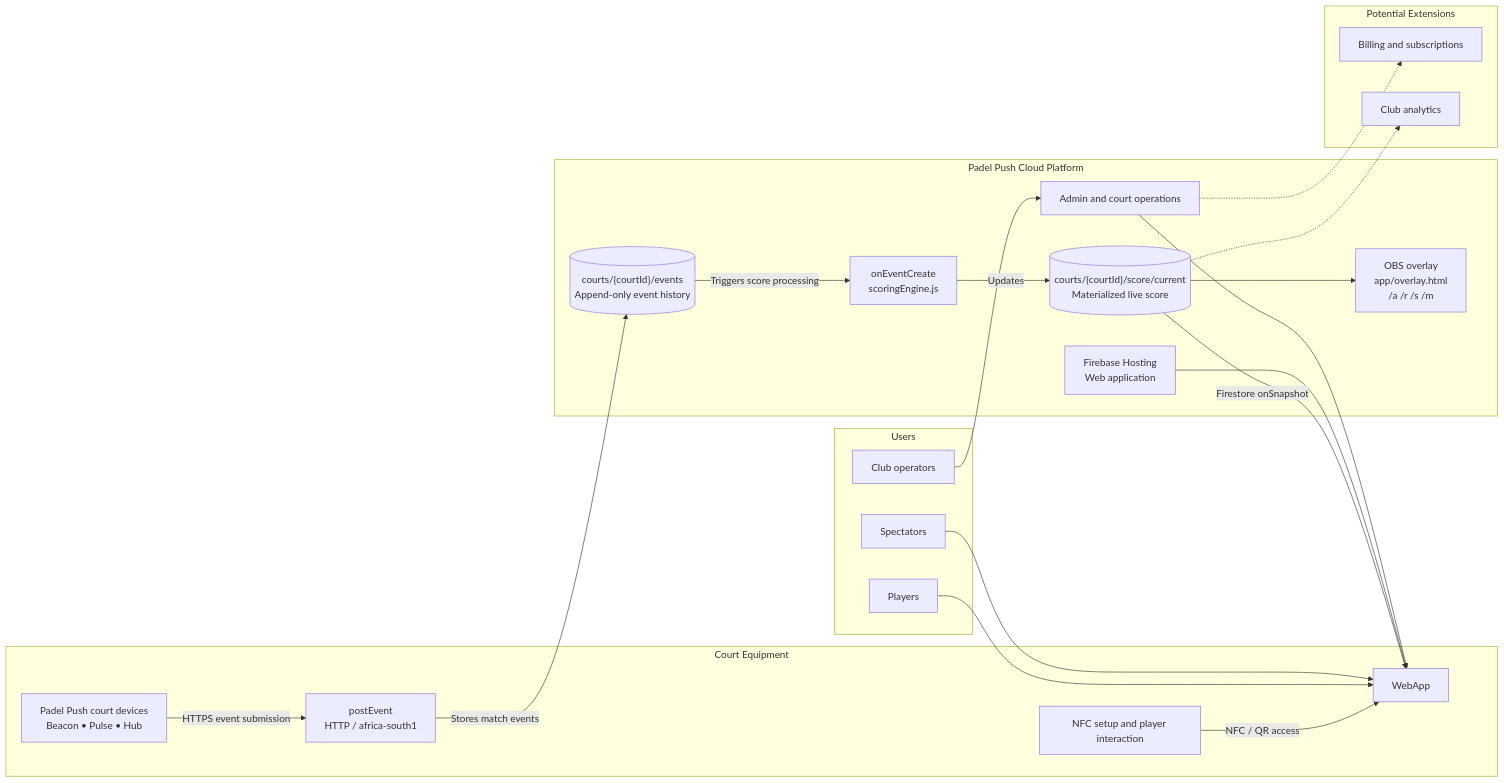
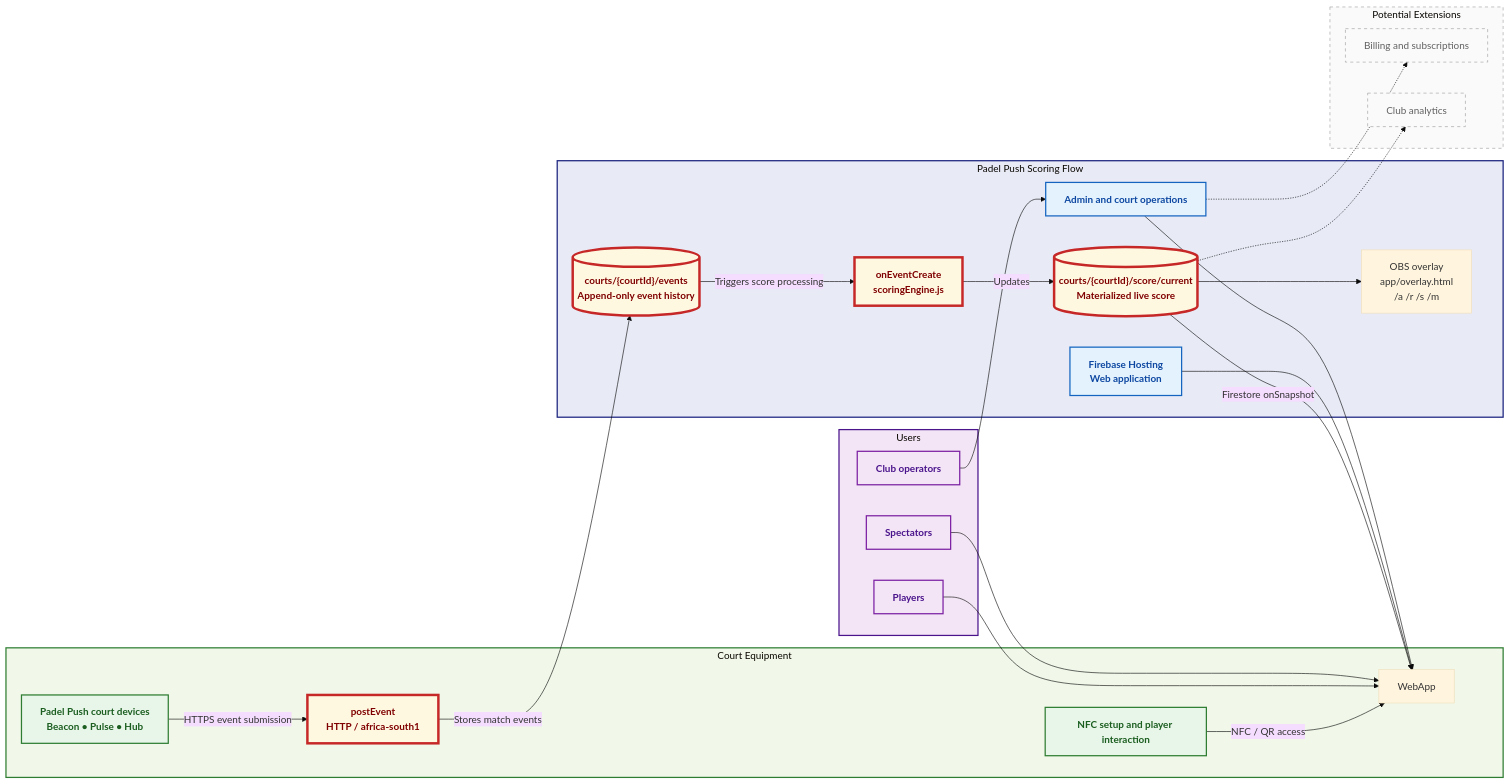
The diagram in Mermaid/PP_Basic_Flow.mmd (creepyLANguy/PuntoPrototype), drawn with Mermaid before and after one commit. The commit also changed 4 other files, not shown here.

```diff
--- a/Mermaid/PP_Basic_Flow.mmd
+++ b/Mermaid/PP_Basic_Flow.mmd
@@ -1,48 +1,65 @@
+---
+config:
+    theme: base
+---
+
 flowchart LR
+
+        classDef court fill:#E8F5E9,stroke:#2E7D32,stroke-width:2px,color:#1B5E20,font-weight:bold;
+        classDef platform fill:#E3F2FD,stroke:#1565C0,stroke-width:2px,color:#0D47A1,font-weight:bold;
+        classDef primary fill:#FFF8E1,stroke:#C62828,stroke-width:4px,color:#7F0000,font-weight:bold;
+        classDef user fill:#F3E5F5,stroke:#7B1FA2,stroke-width:2px,color:#4A148C,font-weight:bold;
+        classDef future fill:#FAFAFA,stroke:#9E9E9E,stroke-width:1px,stroke-dasharray:5 5,color:#616161;
     subgraph COURT["Court Equipment"]
         Devices["Padel Push court devices<br/>Beacon • Pulse • Hub"]
         NFC["NFC setup and player interaction"]
         Devices -->|"HTTPS event submission"| Ingestion
         NFC -->|"NFC / QR access"| WebApp
     end
 
-    subgraph PLATFORM["Padel Push Cloud Platform"]
+    subgraph PLATFORM["Padel Push Scoring Flow"]
         Hosting["Firebase Hosting<br/>Web application"]
         Ingestion["postEvent<br/>HTTP / africa-south1"]
         Events[("courts/{courtId}/events<br/>Append-only event history")]
         Scoring["onEventCreate<br/>scoringEngine.js"]
         LiveState[("courts/{courtId}/score/current<br/>Materialized live score")]
         Operations["Admin and court operations"]
         Overlay["OBS overlay<br/>app/overlay.html<br/>/a /r /s /m"]
     end
 
     subgraph USERS["Users"]
         Player["Players"]
         Club["Club operators"]
         Spectator["Spectators"]
     end
 
     Ingestion -->|"Stores match events"| Events
     Events -->|"Triggers score processing"| Scoring
     Scoring -->|"Updates"| LiveState
     LiveState -->|"Firestore onSnapshot"| WebApp
     Hosting --> WebApp
 
     Player --> WebApp
     Club --> Operations
     Operations --> WebApp
     Spectator --> WebApp
 
     subgraph FUTURE["Potential Extensions"]
         Billing["Billing and subscriptions"]
         Analytics["Club analytics"]
     end
 
     LiveState --> Overlay
     Operations -.-> Billing
     LiveState -.-> Analytics
 
     class Devices,NFC court
     class Hosting,Ingestion,Events,Scoring,LiveState,Operations platform
     class Player,Club,Spectator user
     class Billing,Analytics future
+    class Ingestion,Events,Scoring,LiveState primary
+
+    style COURT fill:#F1F8E9,stroke:#2E7D32,stroke-width:2px;
+    style PLATFORM fill:#E8EAF6,stroke:#1A237E,stroke-width:2px;
+    style USERS fill:#F3E5F5,stroke:#4A148C,stroke-width:2px;
+    style FUTURE fill:#FAFAFA,stroke:#9E9E9E,stroke-dasharray:5 5;
```
